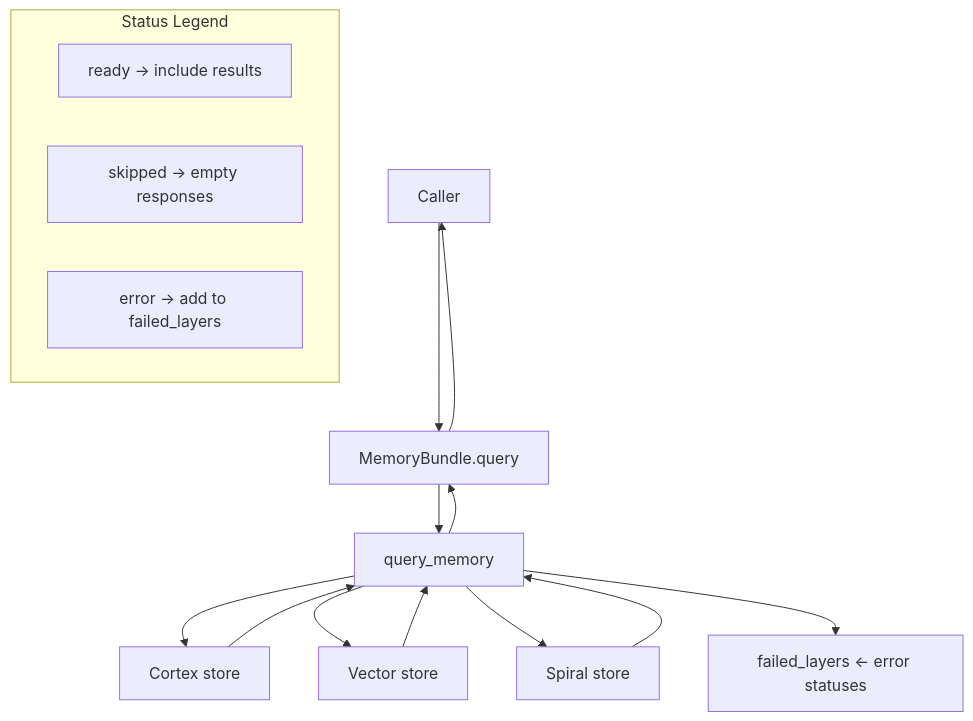
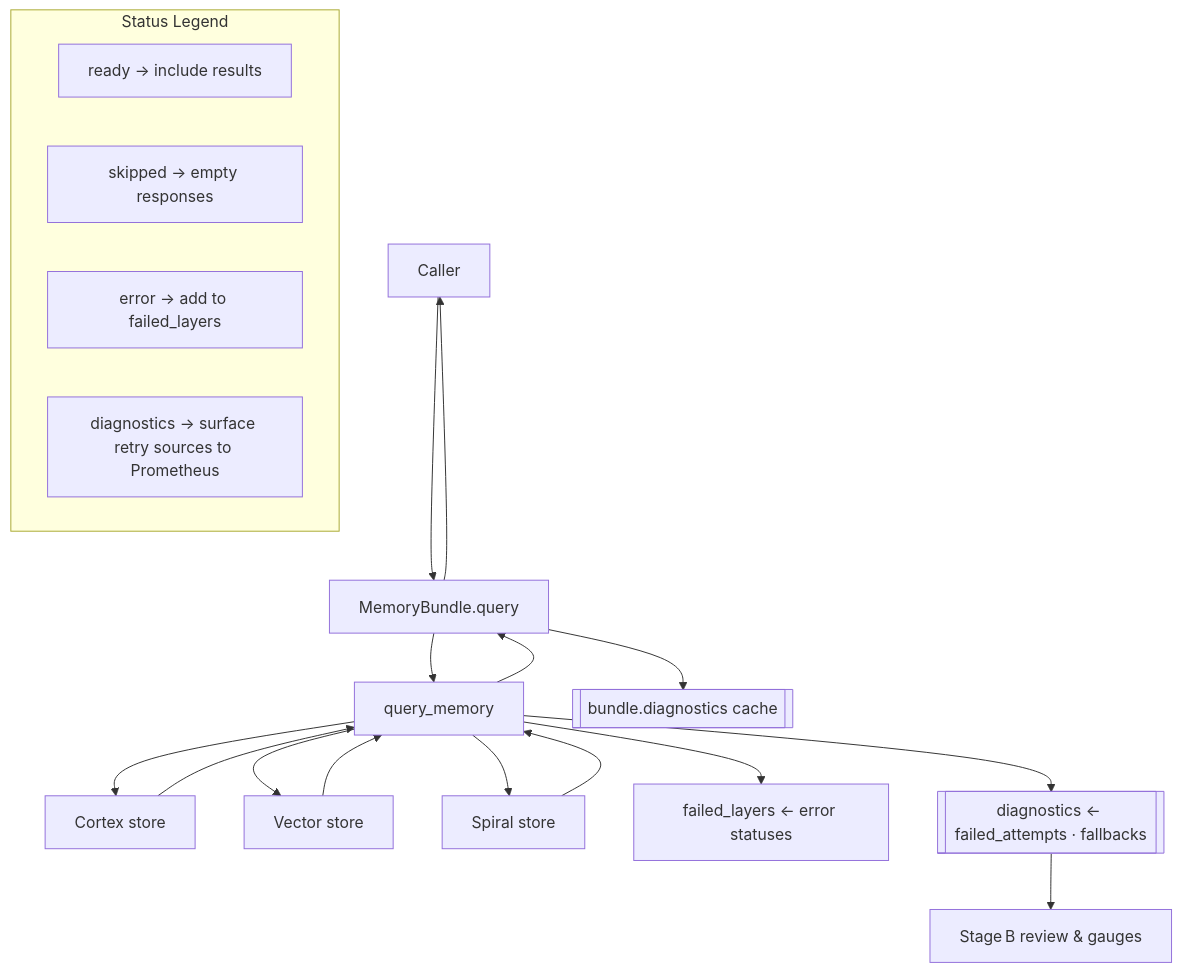
Before and after one commit to DINGIRABZU/ABZU: the diagram in docs/figures/query_memory_aggregation.mmd, drawn with Mermaid. The commit also changed 5 other files, not shown here.

Commit message:
Document memory bundle diagnostics telemetry

```diff
--- a/docs/figures/query_memory_aggregation.mmd
+++ b/docs/figures/query_memory_aggregation.mmd
@@ -1,20 +1,24 @@
 %% Query memory aggregation diagram
-%% Version: v1.1.0
-%% Last updated: 2025-10-07
+%% Version: v1.2.0
+%% Last updated: 2025-10-09
 graph TD
     Caller[Caller] --> MB[MemoryBundle.query]
     MB --> QM[query_memory]
     QM --> Cortex[Cortex store]
     QM --> Vector[Vector store]
     QM --> Spiral[Spiral store]
     Cortex --> QM
     Vector --> QM
     Spiral --> QM
     QM --> Failed[failed_layers ← error statuses]
+    QM --> Diagnostics[[diagnostics ← failed_attempts · fallbacks]]
+    Diagnostics --> StageBReview[Stage B review & gauges]
     QM --> MB
     MB --> Caller
+    MB --> BundleDiagnostics[[bundle.diagnostics cache]]
     subgraph Legend[Status Legend]
         Ready[ready → include results]
         SkippedLegend[skipped → empty responses]
         ErrorLegend[error → add to failed_layers]
+        DiagnosticsLegend[diagnostics → surface retry sources to Prometheus]
     end
```
